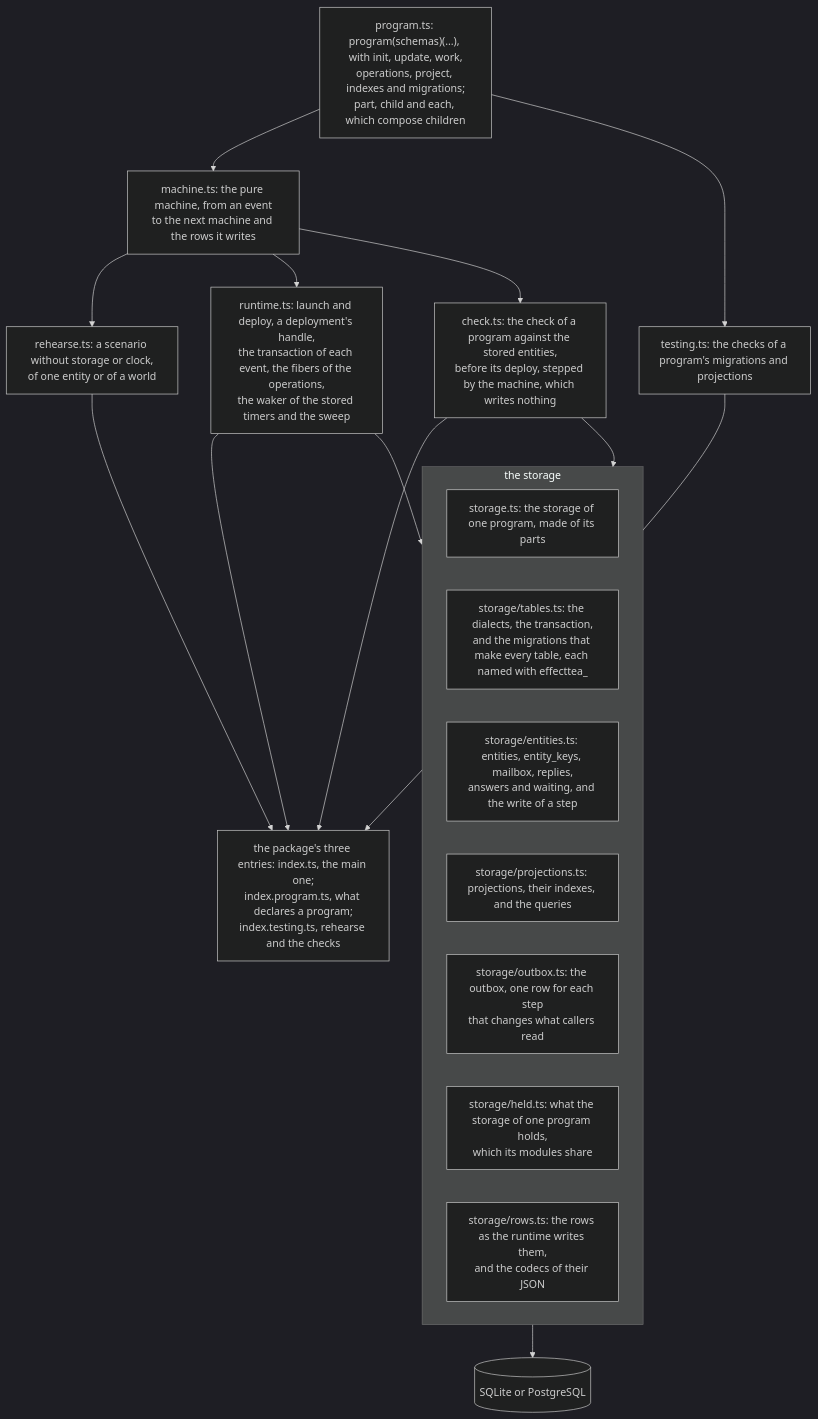
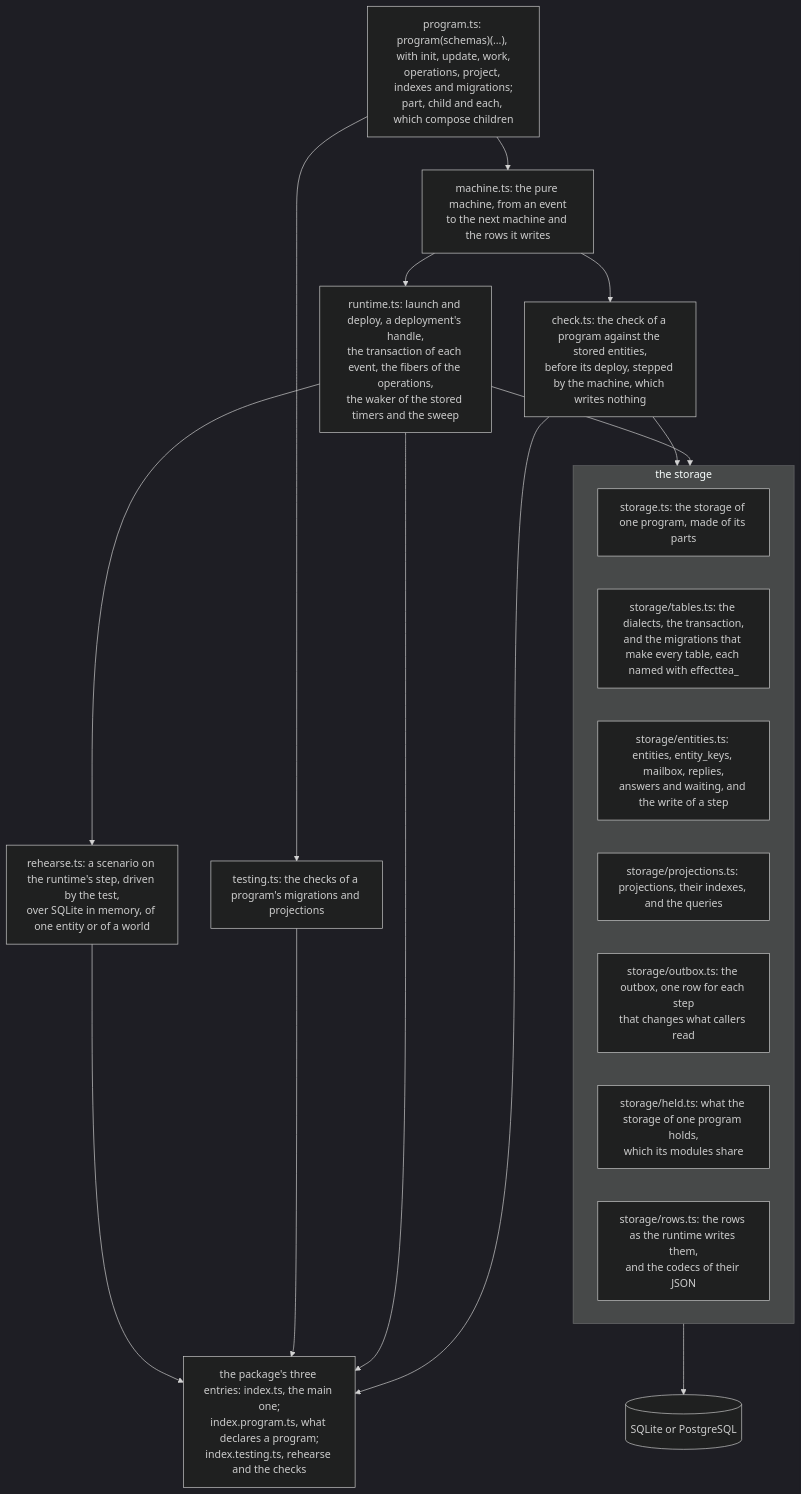
The diagram in CONTRIBUTING.md (fgaudo/effect-tea-persistent), drawn with Mermaid (dark theme) before and after one commit. The commit also changed other lines of this file and 12 other files, not shown here.

First line of the commit message:
rehearse: run the runtime's step on SQLite in memory, and close step 5

````diff
--- a/CONTRIBUTING.md
+++ b/CONTRIBUTING.md
@@ -78,33 +79,33 @@
 ```mermaid
 flowchart TB
   program["program.ts: program(schemas)(…), with init, update, work,<br/>operations, project, indexes and migrations;<br/>part, child and each, which compose children"]
   machine["machine.ts: the pure machine, from an event<br/>to the next machine and the rows it writes"]
-  rehearse["rehearse.ts: a scenario without storage or clock,<br/>of one entity or of a world"]
+  rehearse["rehearse.ts: a scenario on the runtime's step, driven by the test,<br/>over SQLite in memory, of one entity or of a world"]
   testing["testing.ts: the checks of a program's migrations and projections"]
   runtime["runtime.ts: launch and deploy, a deployment's handle,<br/>the transaction of each event, the fibers of the operations,<br/>the waker of the stored timers and the sweep"]
   check["check.ts: the check of a program against the stored entities,<br/>before its deploy, stepped by the machine, which writes nothing"]
   subgraph storage["the storage"]
     store["storage.ts: the storage of one program, made of its parts"]
     tables["storage/tables.ts: the dialects, the transaction,<br/>and the migrations that make every table, each named with effecttea_"]
     entities["storage/entities.ts: entities, entity_keys, mailbox, replies,<br/>answers and waiting, and the write of a step"]
     projections["storage/projections.ts: projections, their indexes, and the queries"]
     outbox["storage/outbox.ts: the outbox, one row for each step<br/>that changes what callers read"]
     held["storage/held.ts: what the storage of one program holds,<br/>which its modules share"]
     rows["storage/rows.ts: the rows as the runtime writes them,<br/>and the codecs of their JSON"]
   end
   db[(SQLite or PostgreSQL)]
   entries["the package's three entries: index.ts, the main one;<br/>index.program.ts, what declares a program;<br/>index.testing.ts, rehearse and the checks"]
 
   program --> machine
-  machine --> rehearse
   program --> testing
   machine --> runtime
   machine --> check
   check --> storage
   runtime --> storage
+  runtime --> rehearse
   storage --> db
   rehearse --> entries
   testing --> entries
   runtime --> entries
   check --> entries
 ```
````
